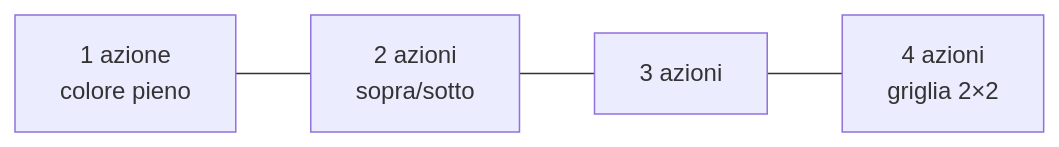
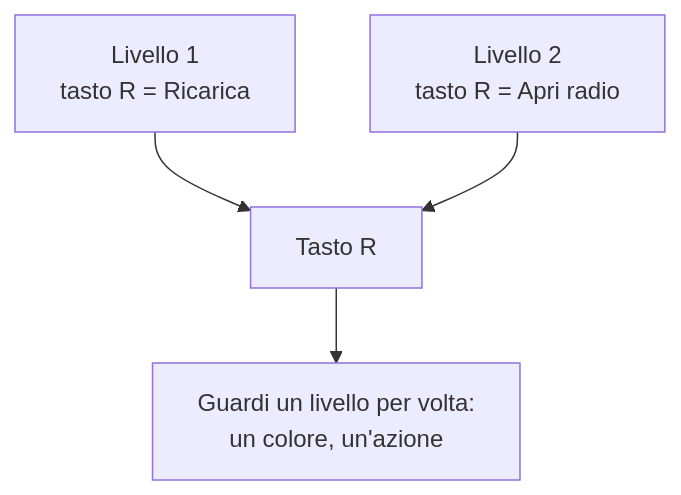
One commit to Alexkill536ITA/ForgeModpack changed the third of 3 diagrams in docs/it/utilizzo/04-keybinds.md. Above: the diagram before and after it, drawn with Mermaid. The commit also changed other lines of this file and 47 other files, not shown here.

````diff
--- a/docs/it/utilizzo/04-keybinds.md
+++ b/docs/it/utilizzo/04-keybinds.md
@@ -63,4 +71,6 @@
 ```mermaid
-graph LR
-    A["1 azione<br/>colore pieno"] --- B["2 azioni<br/>sopra/sotto"] --- C["3 azioni"] --- D["4 azioni<br/>griglia 2×2"]
+graph TD
+    L1["Livello 1<br/>tasto R = Ricarica"] --> K["Tasto R"]
+    L2["Livello 2<br/>tasto R = Apri radio"] --> K
+    K --> View["Guardi un livello per volta:<br/>un colore, un'azione"]
 ```
````
